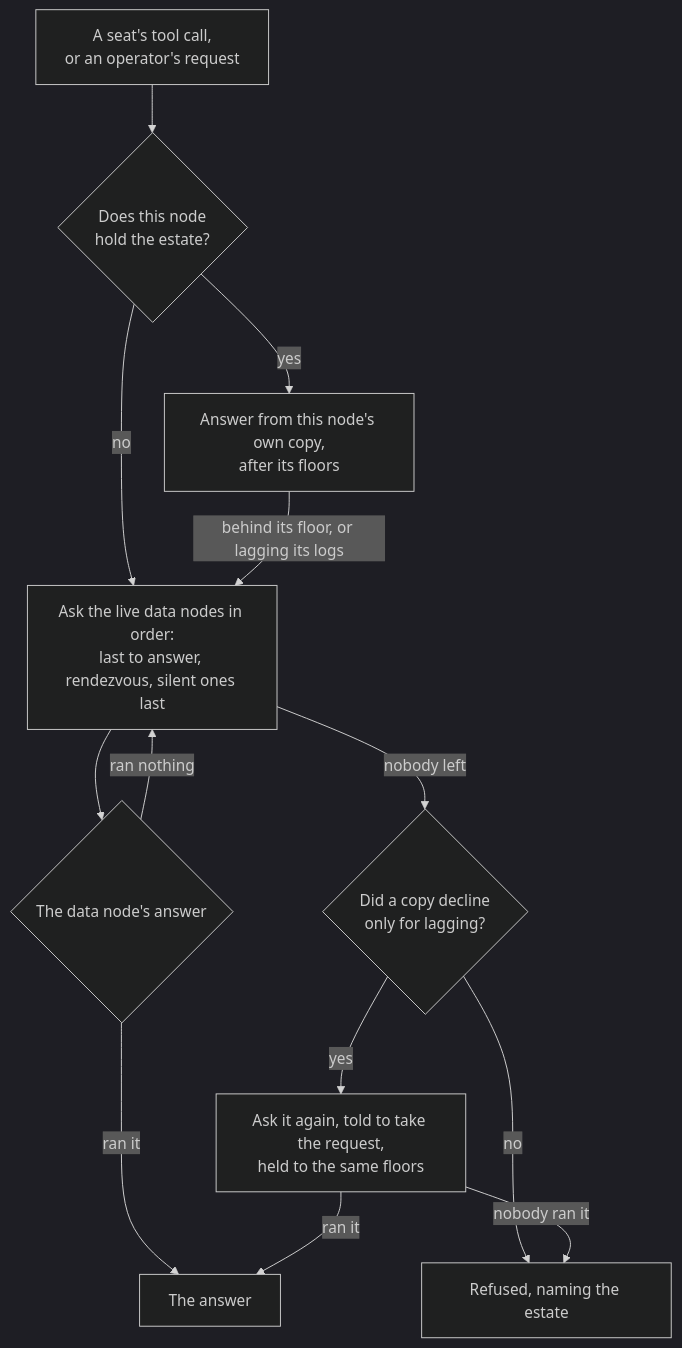
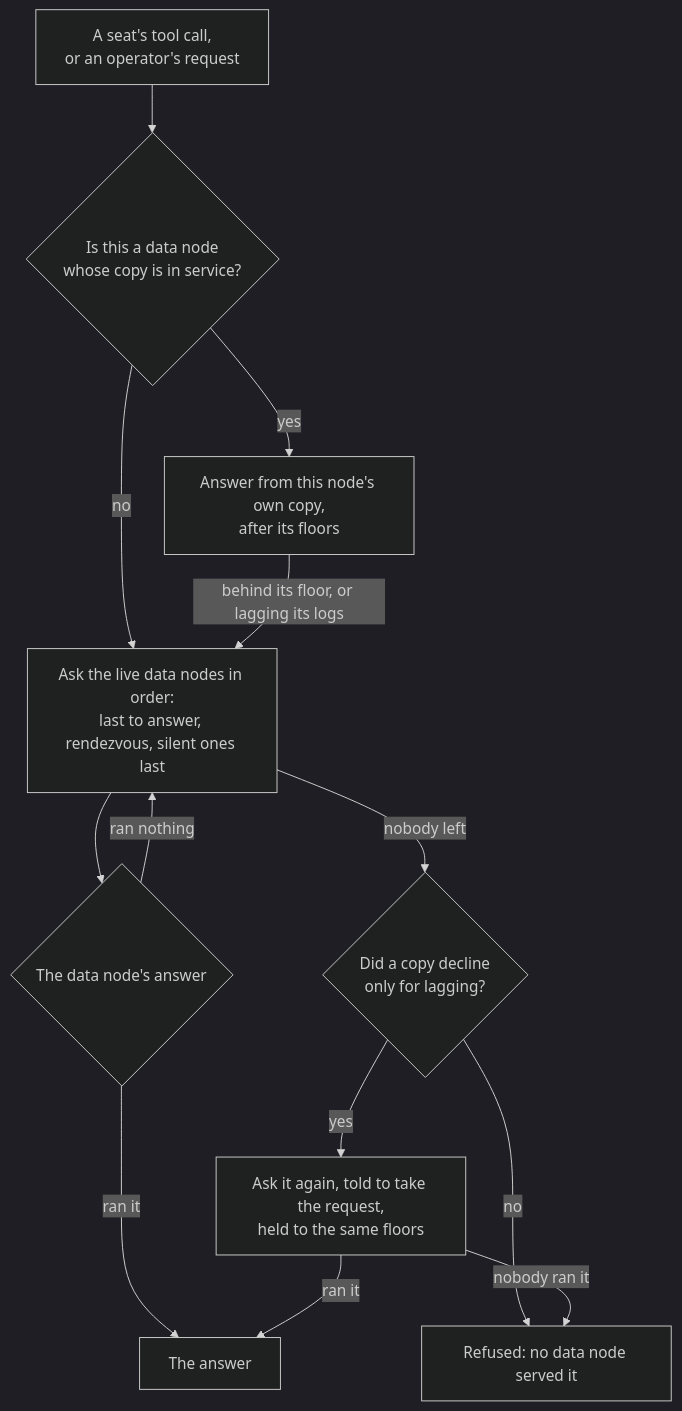
Before and after one commit to crewlet/crewlet: the second of 2 diagrams in docs/concepts/scaling.md, drawn with Mermaid (dark theme). The commit also changed other lines of this file and 123 other files, not shown here.

````diff
--- a/docs/concepts/scaling.md
+++ b/docs/concepts/scaling.md
@@ -109,15 +108,15 @@
 ```mermaid
 flowchart TD
-    op[A seat's tool call,<br/>or an operator's request] --> local{Does this node<br/>hold the estate?}
+    op[A seat's tool call,<br/>or an operator's request] --> local{Is this a data node<br/>whose copy is in service?}
     local -- yes --> own[Answer from this node's own copy,<br/>after its floors]
     local -- no --> order[Ask the live data nodes in order:<br/>last to answer, rendezvous, silent ones last]
     own -- behind its floor, or lagging its logs --> order
     order --> reply{The data node's answer}
     reply -- ran it --> done[The answer]
     reply -- ran nothing --> order
     order -- nobody left --> lagging{Did a copy decline<br/>only for lagging?}
     lagging -- yes --> last[Ask it again, told to take the request,<br/>held to the same floors]
     last -- ran it --> done
-    lagging -- no --> unserved[Refused, naming the estate]
+    lagging -- no --> unserved[Refused: no data node served it]
     last -- nobody ran it --> unserved
 ```
````
